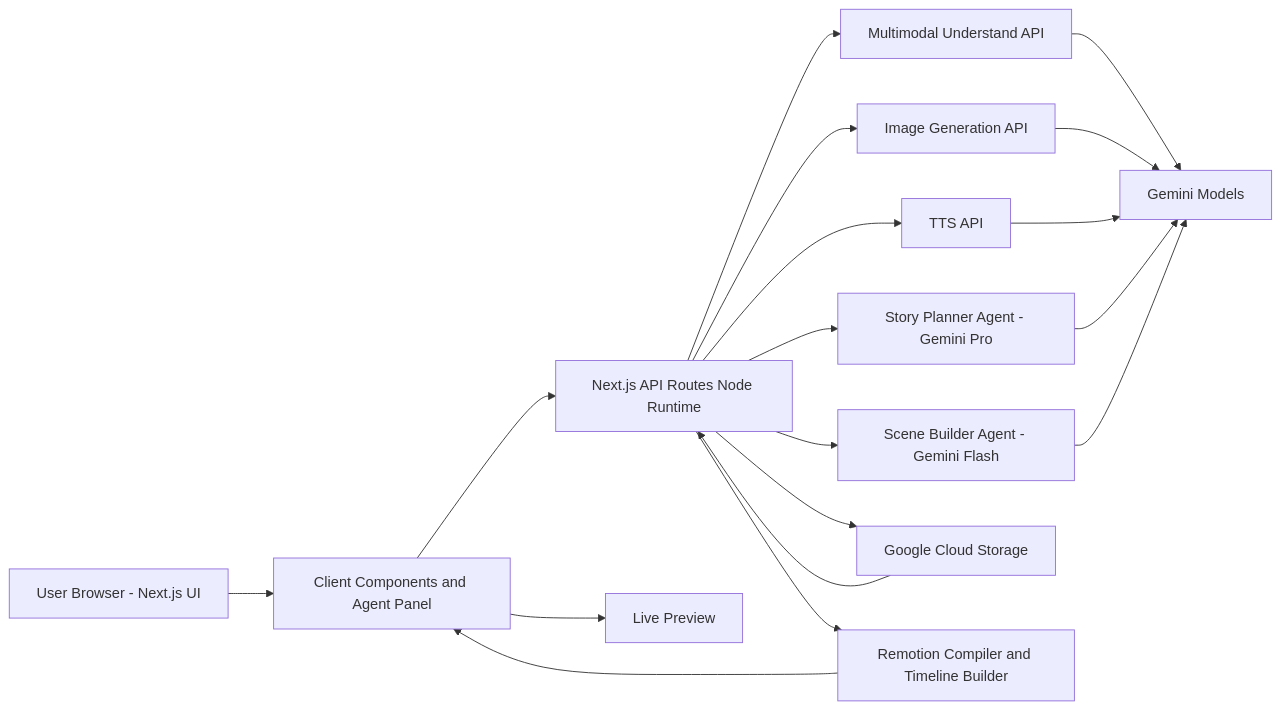
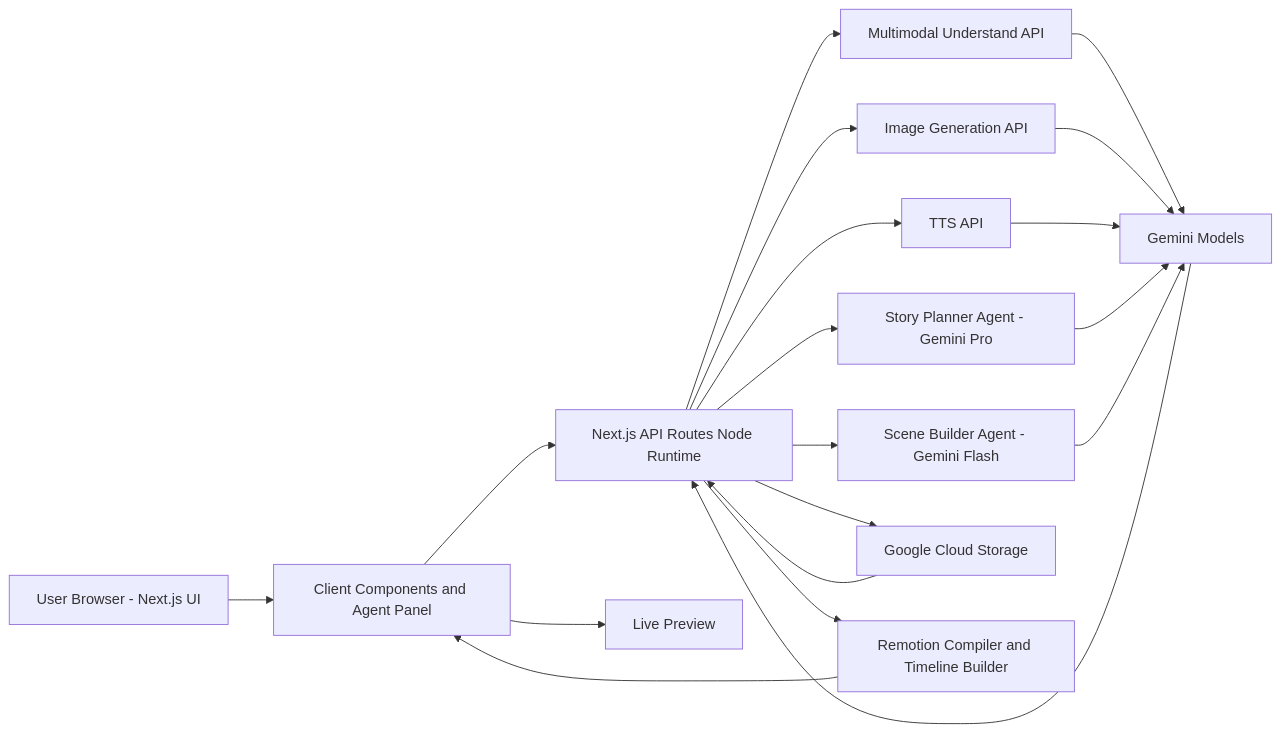
One commit to navaneeth-muskan/SceneForge changed the diagram in docs/submission/architecture-diagram.md. Above: the diagram before and after it, drawn with Mermaid. The commit also changed other lines of this file and 6 other files, not shown here.

````diff
--- a/docs/submission/architecture-diagram.md
+++ b/docs/submission/architecture-diagram.md
@@ -3,25 +5,26 @@
 ```mermaid
 flowchart LR
   U[User Browser - Next.js UI] --> FE[Client Components and Agent Panel]
   FE --> API[Next.js API Routes Node Runtime]
 
   API --> SP[Story Planner Agent - Gemini Pro]
   API --> SB[Scene Builder Agent - Gemini Flash]
   API --> MM[Multimodal Understand API]
   API --> IMG[Image Generation API]
   API --> TTS[TTS API]
 
   MM --> GM[Gemini Models]
   IMG --> GM
   TTS --> GM
   SP --> GM
   SB --> GM
+  GM --> API
 
   API --> GCS[Google Cloud Storage]
   GCS --> API
 
   API --> RM[Remotion Compiler and Timeline Builder]
   RM --> FE
 
   FE --> RV[Live Preview]
 ```
````
